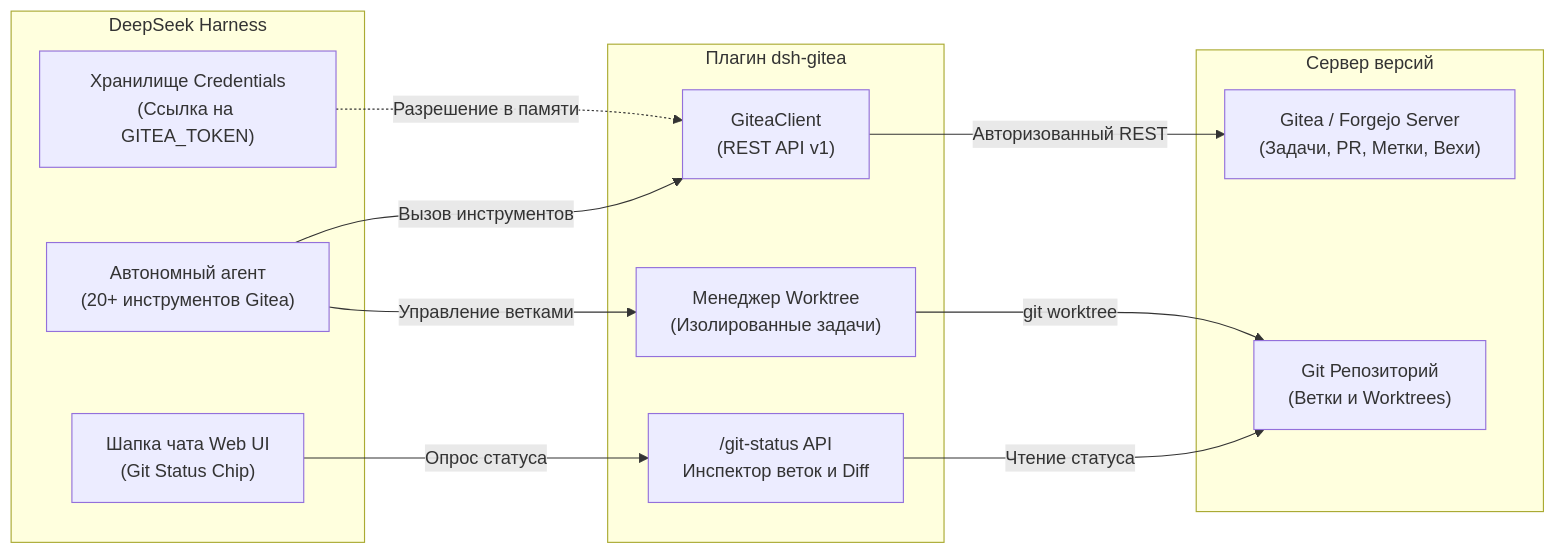
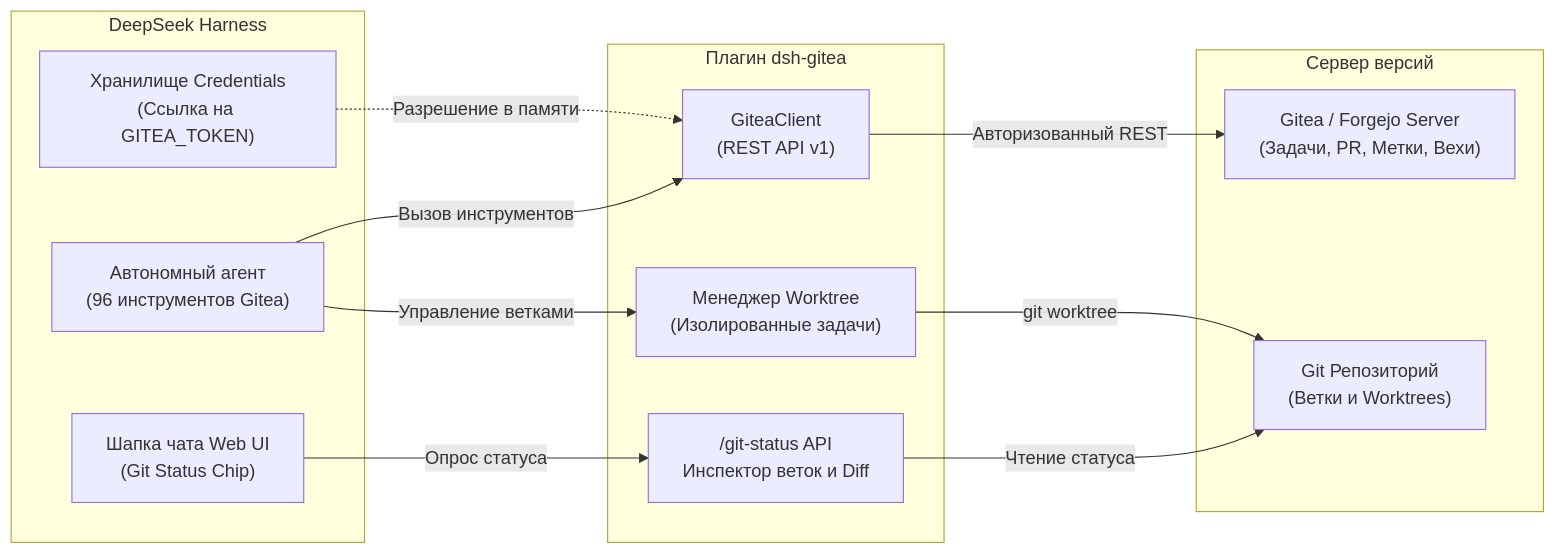
Before and after one commit to GooDAnDReaDY/dsh-gitea: the diagram in README.ru.md, drawn with Mermaid. The commit also changed other lines of this file and 5 other files, not shown here.

````diff
--- a/README.ru.md
+++ b/README.ru.md
@@ -59,27 +48,27 @@
 ```mermaid
 graph LR
     subgraph DSH ["DeepSeek Harness"]
         UI["Шапка чата Web UI<br/>(Git Status Chip)"]
-        Agent["Автономный агент<br/>(20+ инструментов Gitea)"]
+        Agent["Автономный агент<br/>(96 инструментов Gitea)"]
         Creds["Хранилище Credentials<br/>(Ссылка на GITEA_TOKEN)"]
     end
 
     subgraph Plugin ["Плагин dsh-gitea"]
         ChipPoller["/git-status API<br/>Инспектор веток и Diff"]
         Client["GiteaClient<br/>(REST API v1)"]
         WorktreeMgr["Менеджер Worktree<br/>(Изолированные задачи)"]
     end
 
     subgraph Server ["Сервер версий"]
         Gitea["Gitea / Forgejo Server<br/>(Задачи, PR, Метки, Вехи)"]
         GitRepo["Git Репозиторий<br/>(Ветки и Worktrees)"]
     end
 
     UI -->|Опрос статуса| ChipPoller
     ChipPoller -->|Чтение статуса| GitRepo
     Agent -->|Вызов инструментов| Client
     Agent -->|Управление ветками| WorktreeMgr
     WorktreeMgr -->|git worktree| GitRepo
     Client -->|Авторизованный REST| Gitea
     Creds -.->|Разрешение в памяти| Client
 ```
````
